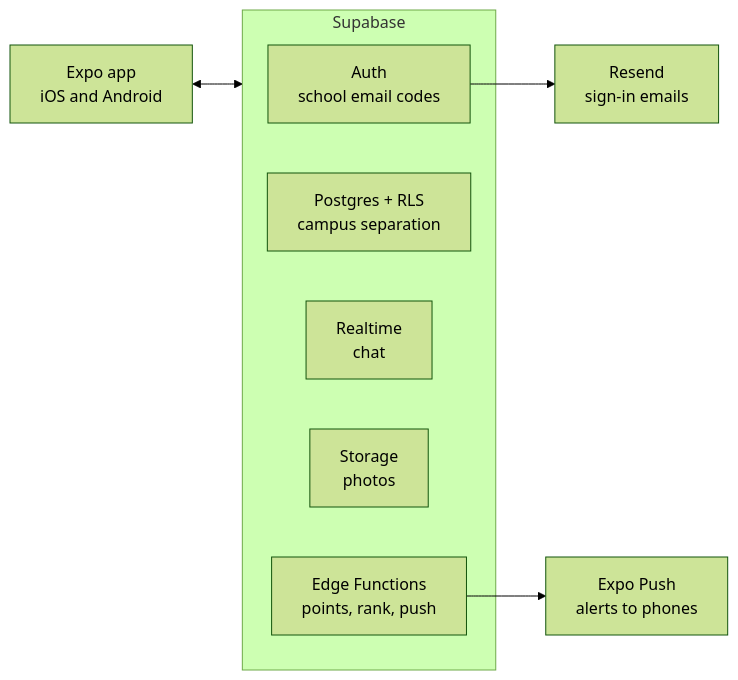
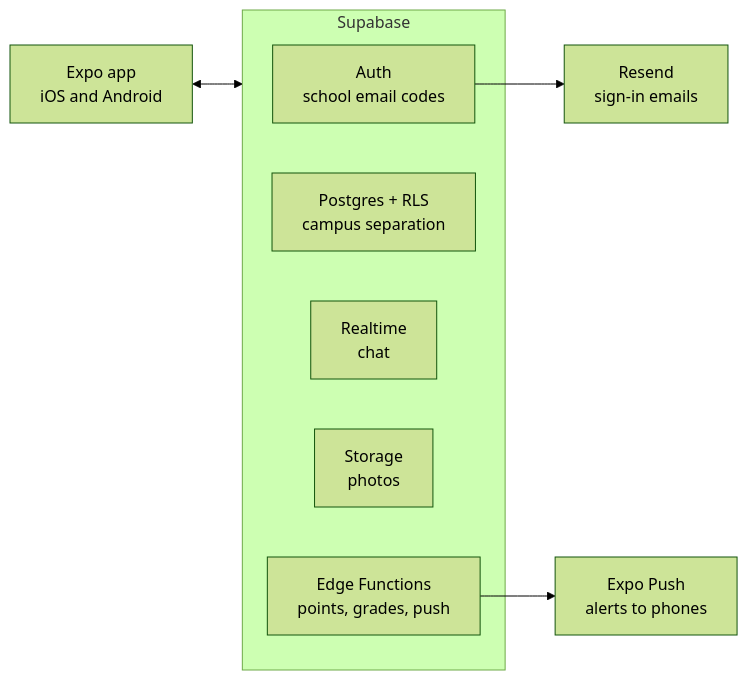
Before and after one commit to SIGMobile-UIUC/Campus-market-app: the diagram in PROPOSAL.md, drawn with Mermaid (forest theme). The commit also changed other lines of this file and 2 other files, not shown here.

````diff
--- a/PROPOSAL.md
+++ b/PROPOSAL.md
@@ -32,13 +32,13 @@
 ```mermaid
 flowchart LR
     App["Expo app<br/>iOS and Android"] <--> SB
     subgraph SB["Supabase"]
         Auth["Auth<br/>school email codes"]
         DB["Postgres + RLS<br/>campus separation"]
         RT["Realtime<br/>chat"]
         ST["Storage<br/>photos"]
-        FN["Edge Functions<br/>points, rank, push"]
+        FN["Edge Functions<br/>points, grades, push"]
     end
     Auth --> Mail["Resend<br/>sign-in emails"]
     FN --> Push["Expo Push<br/>alerts to phones"]
 ```
````
